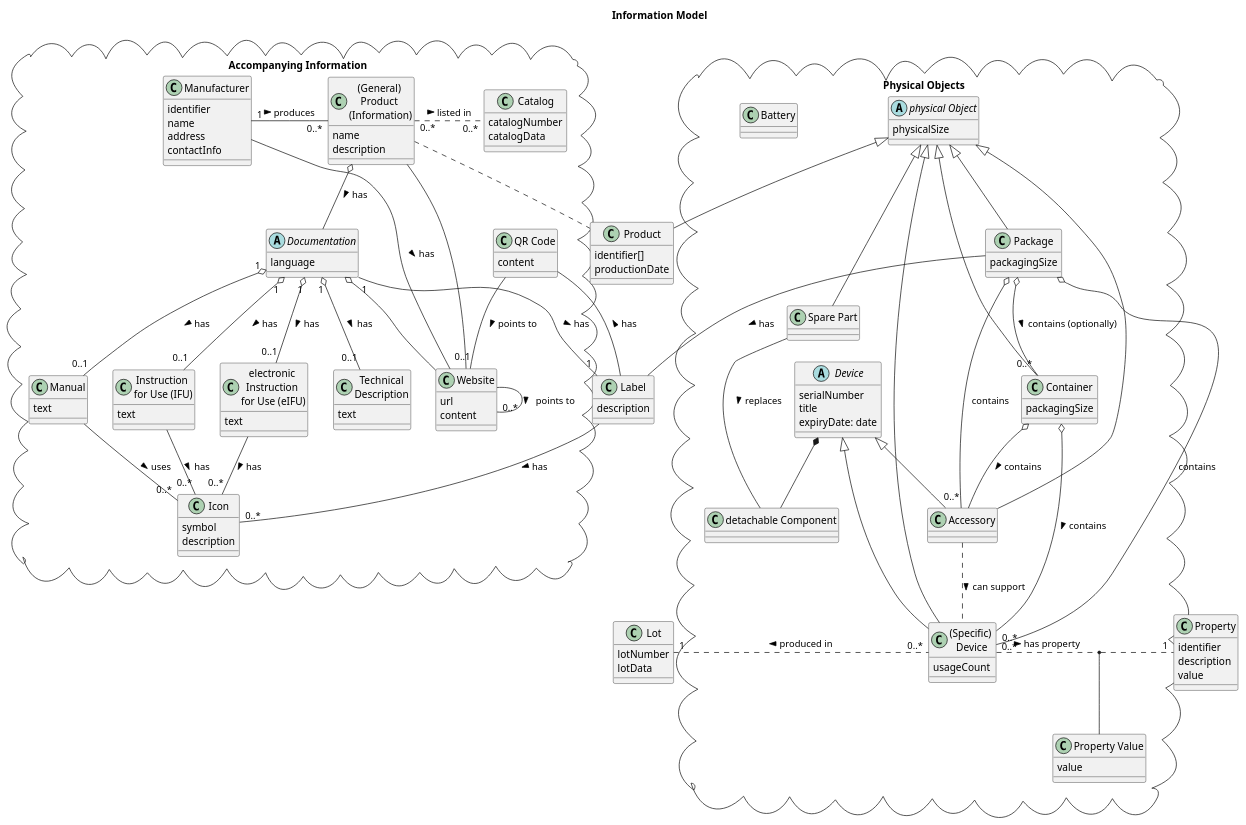
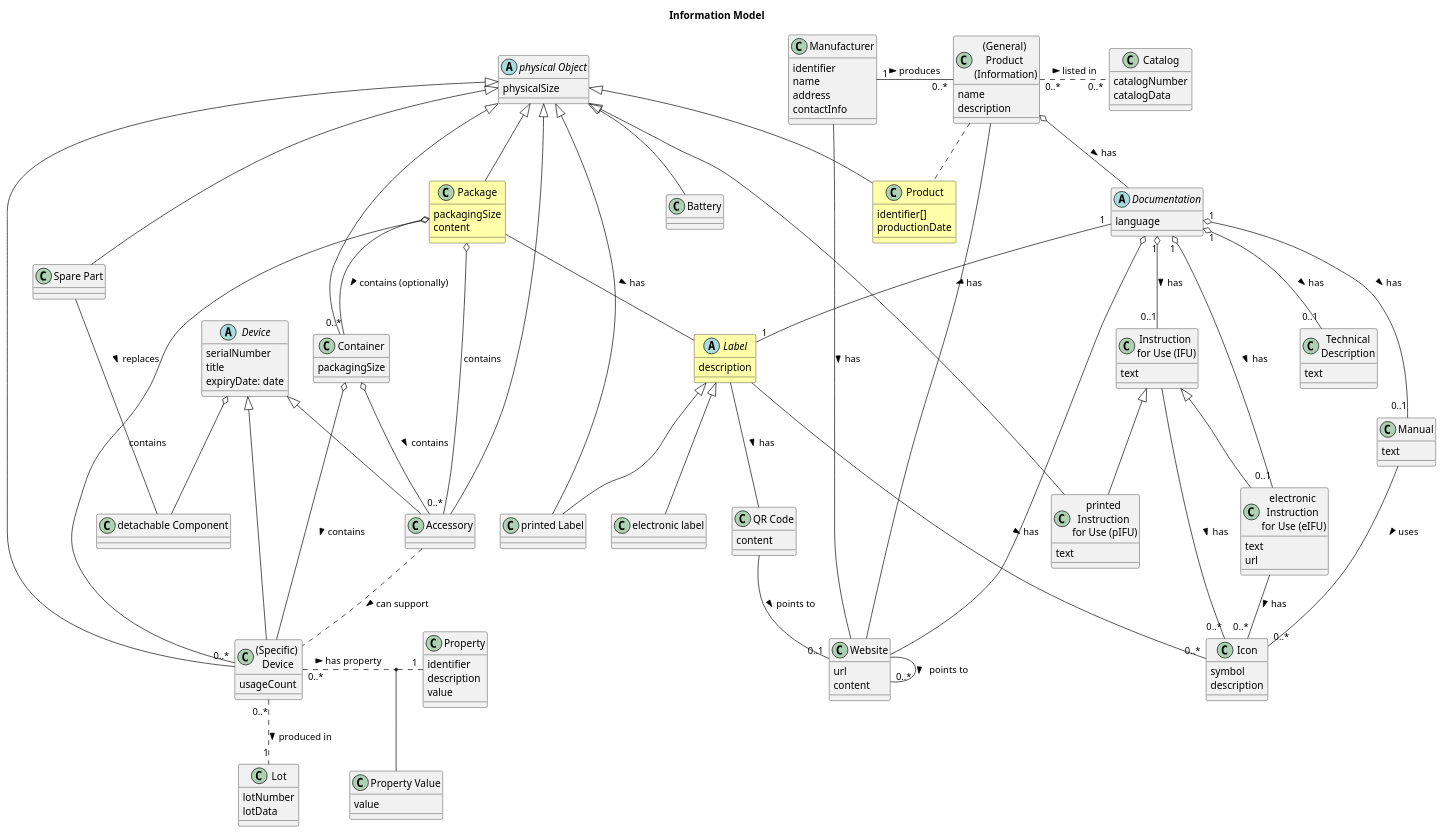
Before and after one commit to hl7-eu/medtechlabel-wp2-im: the diagram in input/images-source/infomodel.plantuml, drawn with PlantUML. The commit also changed 8 other files, not shown here.

```diff
--- a/input/images-source/infomodel.plantuml
+++ b/input/images-source/infomodel.plantuml
@@ -1,10 +1,12 @@
 @startuml
 
+' for edits place into comment
+' to be included for rendering
 skinparam svgDimensionStyle false
 
 title Information Model
 
-cloud "Accompanying Information" {
+'cloud "Accompanying Information" {
 
     class "Manufacturer" as manu {
         identifier
@@ -36,6 +38,7 @@
 
     class "electronic \nInstruction \nfor Use (eIFU)" as eifu {
         text
+        url
     }
 
     class "Manual" as manual {
@@ -63,6 +66,8 @@
     ifu -- "0..*" icon : > has
     eifu -- "0..*" icon : > has
 
+    ifu <|-- eifu
+    
     class "Website" as web {
         url
         content    
@@ -82,20 +87,42 @@
 
     qr -- "0..1" web : > points to
 
-}
+    class "electronic label" as elabel {
 
-class "Label" as label {
-    description
-}
+    }
+
+'}
+
+
+
+'cloud "Logical Object" {
+    class "Product" as prod #ffa {
+        identifier[]
+        productionDate
+    }
+
+    class "Package" as pkg  #ffa {
+        packagingSize
+        content
+    }
+
+    abstract class "Label" as label #ffa {
+        description
+    }
+
+'}
 
 documentation "1" -- "1" label : > has
 
 label -- qr : > has
 label -- "0..*" icon : > has
 
-class "Product" as prod {
-    identifier[]
-    productionDate
+label <|-- elabel
+
+class "Property" as prop {
+    identifier
+    description
+    value
 }
 
 class "Lot" as lot {
@@ -103,13 +130,7 @@
     lotData
 }
 
-class "Property" as prop {
-    identifier
-    description
-    value
-}
-
-cloud "Physical Objects" {
+'cloud "Physical Objects" {
     abstract class "physical Object" as physObj {
         physicalSize
     }
@@ -131,15 +152,13 @@
         value
     }
 
-    device "0..*" .left. "1" lot : produced in >
+    device "0..*" .down. "1" lot : produced in >
     device "0..*" .right. "1" prop : has property >
     (device,prop) -- propval
 
     product .right.. prod
 
-    class "Package" as pkg {
-        packagingSize
-    }
+    class "printed Label" as printlbl
 
     class "Container" as container {
         packagingSize
@@ -161,18 +180,28 @@
 
     }
 
+    class "printed \nInstruction \nfor Use (pIFU)" as pifu {
+        text
+    }
+
+
     adev <|-- acc
-    adev *-- comp
+    adev o-- comp
     comp -up- spare : replaces <
 
     acc .. device : can support >
 
+    label <|-- printlbl
+
+    physObj <|-- printlbl
     physObj <|-- prod
     physObj <|-- device
     physObj <|-- acc
     physObj <|-- spare
     physObj <|-- pkg
     physObj <|-- container
+    physObj <|-- batt
+    physObj <|-- pifu
 
     pkg o-- "0..*" container : > contains (optionally)
     container o-- device : > contains
@@ -181,8 +210,9 @@
     pkg o-- "0..*" acc : contains
     pkg -- label : > has
 
-}
+'}
 
+ifu <|-down- pifu
 
 
 
```
